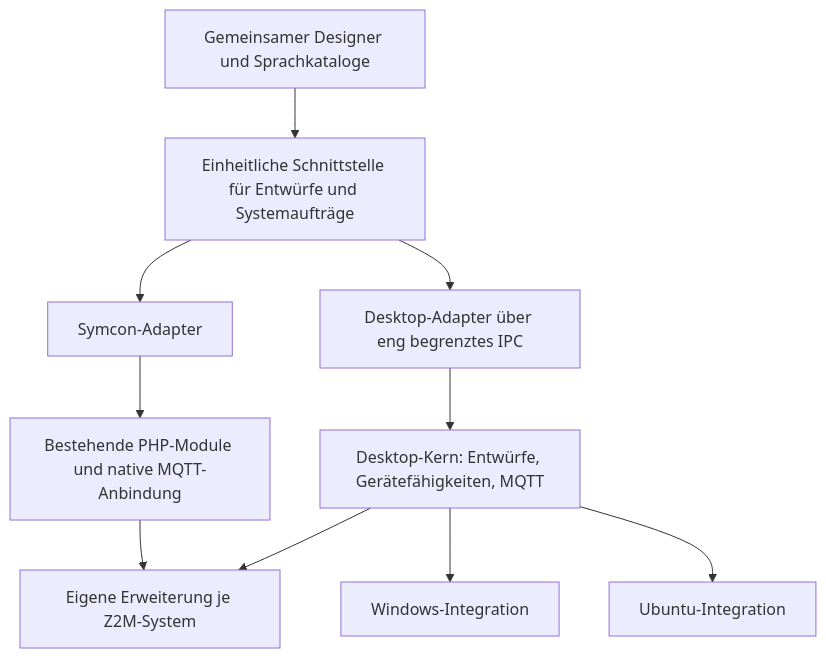
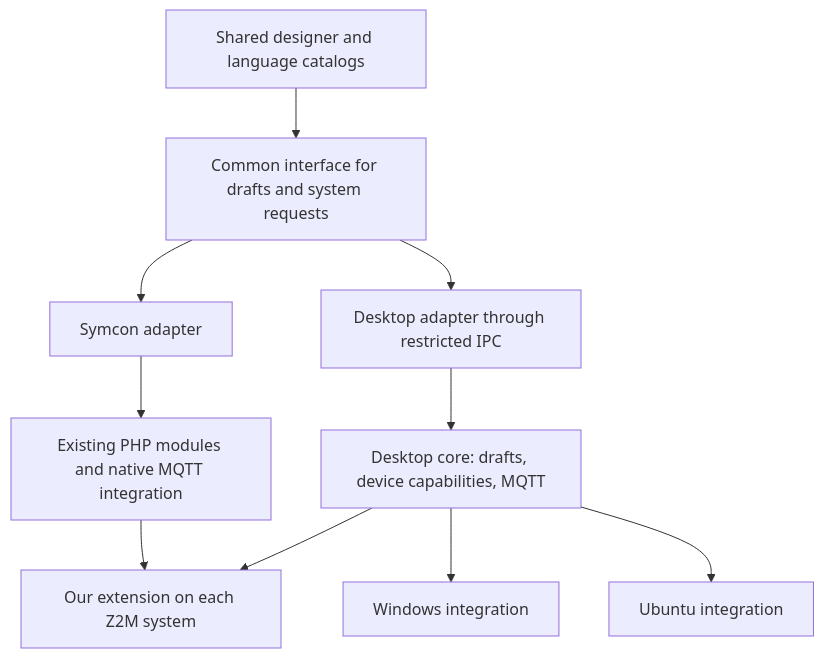
One commit to Burki24/Z2M-Automations changed the diagram in docs/DESKTOP_PLAN.md. Above: the diagram before and after it, drawn with Mermaid. The commit also changed other lines of this file and 5 other files, not shown here.

````diff
--- a/docs/DESKTOP_PLAN.md
+++ b/docs/DESKTOP_PLAN.md
@@ -68,14 +69,14 @@
 ```mermaid
 flowchart TB
-    UI[Gemeinsamer Designer und Sprachkataloge]
-    API[Einheitliche Schnittstelle für Entwürfe und Systemaufträge]
+    UI[Shared designer and language catalogs]
+    API[Common interface for drafts and system requests]
     UI --> API
-    API --> S[Symcon-Adapter]
-    API --> D[Desktop-Adapter über eng begrenztes IPC]
-    S --> P[Bestehende PHP-Module und native MQTT-Anbindung]
-    D --> C[Desktop-Kern: Entwürfe, Gerätefähigkeiten, MQTT]
-    C --> W[Windows-Integration]
-    C --> L[Ubuntu-Integration]
-    P --> Z[Eigene Erweiterung je Z2M-System]
+    API --> S[Symcon adapter]
+    API --> D[Desktop adapter through restricted IPC]
+    S --> P[Existing PHP modules and native MQTT integration]
+    D --> C[Desktop core: drafts, device capabilities, MQTT]
+    C --> W[Windows integration]
+    C --> L[Ubuntu integration]
+    P --> Z[Our extension on each Z2M system]
     C --> Z
 ```
````
